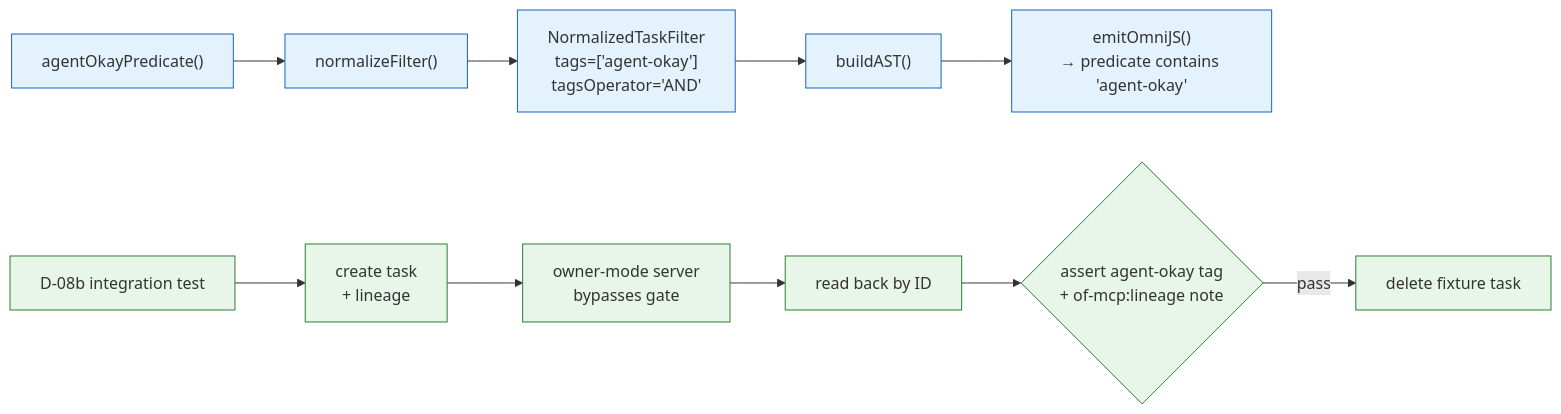
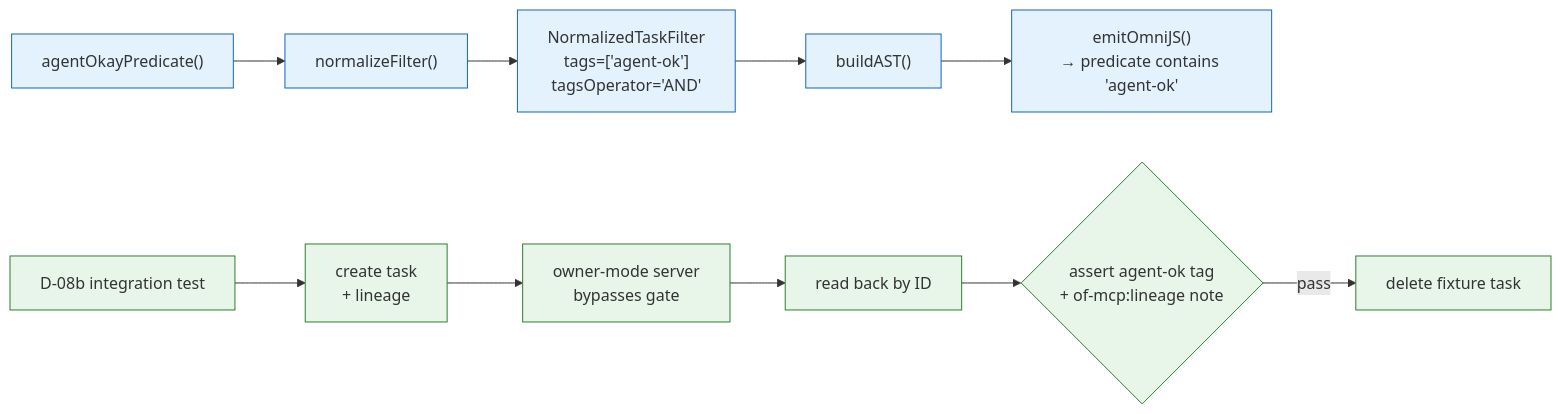
The diagram in .planning/phases/02-capture-permission-gating/02-04-SUMMARY.md (JesKingDev/omnifocus-mcp), drawn with Mermaid before and after one commit. The commit also changed other lines of this file and 67 other files, not shown here.

First line of the commit message:
refactor: standardize tag name agent-okay → agent-ok

````diff
--- a/.planning/phases/02-capture-permission-gating/02-04-SUMMARY.md
+++ b/.planning/phases/02-capture-permission-gating/02-04-SUMMARY.md
@@ -55,20 +55,20 @@
 ```mermaid
 flowchart LR
     A["agentOkayPredicate()"] --> B["normalizeFilter()"]
-    B --> C["NormalizedTaskFilter\ntags=['agent-okay']\ntagsOperator='AND'"]
+    B --> C["NormalizedTaskFilter\ntags=['agent-ok']\ntagsOperator='AND'"]
     C --> D["buildAST()"]
-    D --> E["emitOmniJS()\n→ predicate contains 'agent-okay'"]
+    D --> E["emitOmniJS()\n→ predicate contains 'agent-ok'"]
 
     F["D-08b integration test"] --> G["create task\n+ lineage"]
     G --> H["owner-mode server\nbypasses gate"]
     H --> I["read back by ID"]
-    I --> J{"assert agent-okay tag\n+ of-mcp:lineage note"}
+    I --> J{"assert agent-ok tag\n+ of-mcp:lineage note"}
     J -- pass --> K["delete fixture task"]
 
     classDef pred fill:#e3f2fd,stroke:#1565c0
     classDef test fill:#e8f5e9,stroke:#2e7d32
     classDef gate fill:#fff9c4,stroke:#f9a825
 
     class A,B,C,D,E pred
     class F,G,H,I,J,K test
 ```
````
